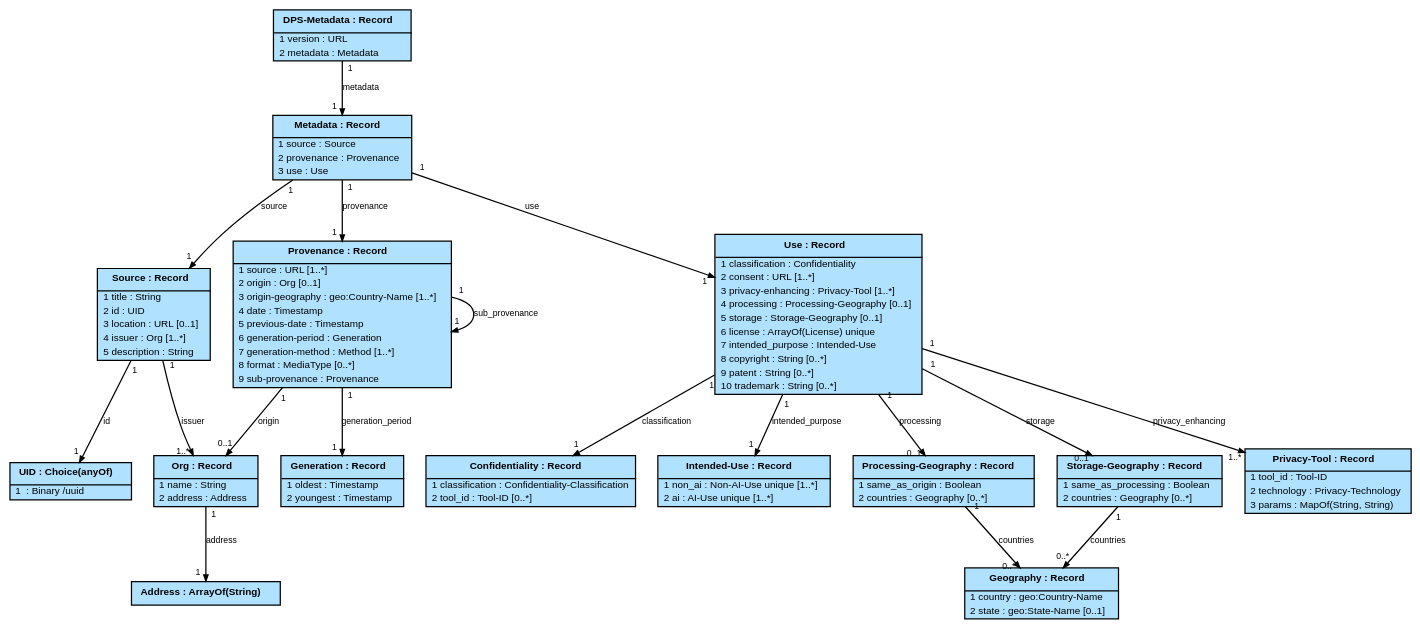
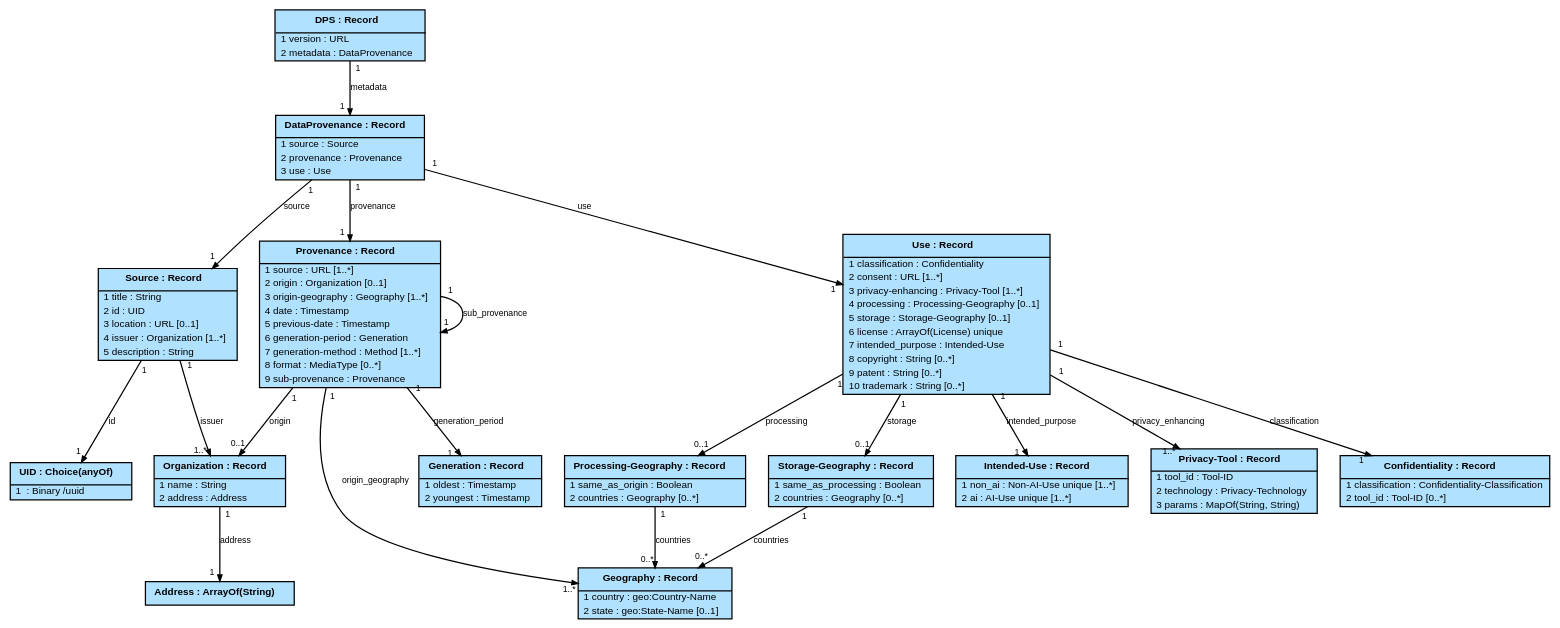
The diagram in contributions/openc2/im/schemas/DPS/dps-1.0.1.schema_i.dot (oasis-tcs/dps), drawn with Graphviz before and after one commit. The commit also changed 4 other files, not shown here.

```diff
--- a/contributions/openc2/im/schemas/DPS/dps-1.0.1.schema_i.dot
+++ b/contributions/openc2/im/schemas/DPS/dps-1.0.1.schema_i.dot
@@ -1,139 +1,140 @@
 # package: https://docs.oasis-open.org/dps/v1.0/schema/
 # version: csd01
+# description: Information Schema for Data Provenance Standard Metadata
+# namespaces: [['geo', 'https://iso3166/202403/']]
+# roots: ['DPS']
+# config: {'$FieldName': '^[$a-z][-_$A-Za-z0-9]{0,63}$'}
 # jadn_version: http://oasis-open.org/openc2/jadn/v2.0/schema/
-# namespaces: [['geo', 'https://iso3166/202403/']]
-# roots: ['DPS-Metadata']
-# description: Information Schema for Data Provenance Standard Metadata
-# config: {'$FieldName': '^[$a-z][-_$A-Za-z0-9]{0,63}$'}
 
 digraph G {
   graph [fontname=Arial, fontsize=12];
   node [fontname=Arial, fontsize=8, shape=plain, style=filled, fillcolor=lightskyblue1];
   edge [fontname=Arial, fontsize=7, arrowsize=0.5, labelangle=45.0, labeldistance=0.9];
   bgcolor="transparent";
 
 n0 [label=<<table cellborder="0" cellpadding="1" cellspacing="0">
-<tr><td cellpadding="4"><b>  DPS-Metadata : Record  </b></td></tr><hr/>
+<tr><td cellpadding="4"><b>  DPS : Record  </b></td></tr><hr/>
   <tr><td align="left">  1 version : URL  </td></tr>
-  <tr><td align="left">  2 metadata : Metadata  </td></tr>
+  <tr><td align="left">  2 metadata : DataProvenance  </td></tr>
 </table>>]
 
 n1 [label=<<table cellborder="0" cellpadding="1" cellspacing="0">
-<tr><td cellpadding="4"><b>  Metadata : Record  </b></td></tr><hr/>
+<tr><td cellpadding="4"><b>  DataProvenance : Record  </b></td></tr><hr/>
   <tr><td align="left">  1 source : Source  </td></tr>
   <tr><td align="left">  2 provenance : Provenance  </td></tr>
   <tr><td align="left">  3 use : Use  </td></tr>
 </table>>]
 
 n2 [label=<<table cellborder="0" cellpadding="1" cellspacing="0">
 <tr><td cellpadding="4"><b>  Source : Record  </b></td></tr><hr/>
   <tr><td align="left">  1 title : String  </td></tr>
   <tr><td align="left">  2 id : UID  </td></tr>
   <tr><td align="left">  3 location : URL [0..1]  </td></tr>
-  <tr><td align="left">  4 issuer : Org [1..*]  </td></tr>
+  <tr><td align="left">  4 issuer : Organization [1..*]  </td></tr>
   <tr><td align="left">  5 description : String  </td></tr>
 </table>>]
 
 n3 [label=<<table cellborder="0" cellpadding="1" cellspacing="0">
-<tr><td cellpadding="4"><b>  Org : Record  </b></td></tr><hr/>
+<tr><td cellpadding="4"><b>  Organization : Record  </b></td></tr><hr/>
   <tr><td align="left">  1 name : String  </td></tr>
   <tr><td align="left">  2 address : Address  </td></tr>
 </table>>]
 
 n4 [label=<<table cellborder="0" cellpadding="1" cellspacing="0">
 <tr><td cellpadding="4"><b>  Address : ArrayOf(String)  </b></td></tr>
 </table>>]
 
 n5 [label=<<table cellborder="0" cellpadding="1" cellspacing="0">
 <tr><td cellpadding="4"><b>  Provenance : Record  </b></td></tr><hr/>
   <tr><td align="left">  1 source : URL [1..*]  </td></tr>
-  <tr><td align="left">  2 origin : Org [0..1]  </td></tr>
-  <tr><td align="left">  3 origin-geography : geo:Country-Name [1..*]  </td></tr>
+  <tr><td align="left">  2 origin : Organization [0..1]  </td></tr>
+  <tr><td align="left">  3 origin-geography : Geography [1..*]  </td></tr>
   <tr><td align="left">  4 date : Timestamp  </td></tr>
   <tr><td align="left">  5 previous-date : Timestamp  </td></tr>
   <tr><td align="left">  6 generation-period : Generation  </td></tr>
   <tr><td align="left">  7 generation-method : Method [1..*]  </td></tr>
   <tr><td align="left">  8 format : MediaType [0..*]  </td></tr>
   <tr><td align="left">  9 sub-provenance : Provenance  </td></tr>
 </table>>]
 
 n6 [label=<<table cellborder="0" cellpadding="1" cellspacing="0">
 <tr><td cellpadding="4"><b>  Generation : Record  </b></td></tr><hr/>
   <tr><td align="left">  1 oldest : Timestamp  </td></tr>
   <tr><td align="left">  2 youngest : Timestamp  </td></tr>
 </table>>]
 
 n7 [label=<<table cellborder="0" cellpadding="1" cellspacing="0">
 <tr><td cellpadding="4"><b>  Use : Record  </b></td></tr><hr/>
   <tr><td align="left">  1 classification : Confidentiality  </td></tr>
   <tr><td align="left">  2 consent : URL [1..*]  </td></tr>
   <tr><td align="left">  3 privacy-enhancing : Privacy-Tool [1..*]  </td></tr>
   <tr><td align="left">  4 processing : Processing-Geography [0..1]  </td></tr>
   <tr><td align="left">  5 storage : Storage-Geography [0..1]  </td></tr>
   <tr><td align="left">  6 license : ArrayOf(License) unique  </td></tr>
   <tr><td align="left">  7 intended_purpose : Intended-Use  </td></tr>
   <tr><td align="left">  8 copyright : String [0..*]  </td></tr>
   <tr><td align="left">  9 patent : String [0..*]  </td></tr>
   <tr><td align="left">  10 trademark : String [0..*]  </td></tr>
 </table>>]
 
 n8 [label=<<table cellborder="0" cellpadding="1" cellspacing="0">
 <tr><td cellpadding="4"><b>  Intended-Use : Record  </b></td></tr><hr/>
   <tr><td align="left">  1 non_ai : Non-AI-Use unique [1..*]  </td></tr>
   <tr><td align="left">  2 ai : AI-Use unique [1..*]  </td></tr>
 </table>>]
 
 n9 [label=<<table cellborder="0" cellpadding="1" cellspacing="0">
 <tr><td cellpadding="4"><b>  Processing-Geography : Record  </b></td></tr><hr/>
   <tr><td align="left">  1 same_as_origin : Boolean  </td></tr>
   <tr><td align="left">  2 countries : Geography [0..*]  </td></tr>
 </table>>]
 
 n10 [label=<<table cellborder="0" cellpadding="1" cellspacing="0">
 <tr><td cellpadding="4"><b>  Storage-Geography : Record  </b></td></tr><hr/>
   <tr><td align="left">  1 same_as_processing : Boolean  </td></tr>
   <tr><td align="left">  2 countries : Geography [0..*]  </td></tr>
 </table>>]
 
 n11 [label=<<table cellborder="0" cellpadding="1" cellspacing="0">
 <tr><td cellpadding="4"><b>  Geography : Record  </b></td></tr><hr/>
   <tr><td align="left">  1 country : geo:Country-Name  </td></tr>
   <tr><td align="left">  2 state : geo:State-Name [0..1]  </td></tr>
 </table>>]
 
 n12 [label=<<table cellborder="0" cellpadding="1" cellspacing="0">
 <tr><td cellpadding="4"><b>  UID : Choice(anyOf)  </b></td></tr><hr/>
   <tr><td align="left">  1  : Binary /uuid  </td></tr>
 </table>>]
 
 n13 [label=<<table cellborder="0" cellpadding="1" cellspacing="0">
 <tr><td cellpadding="4"><b>  Privacy-Tool : Record  </b></td></tr><hr/>
   <tr><td align="left">  1 tool_id : Tool-ID  </td></tr>
   <tr><td align="left">  2 technology : Privacy-Technology  </td></tr>
   <tr><td align="left">  3 params : MapOf(String, String)  </td></tr>
 </table>>]
 
 n15 [label=<<table cellborder="0" cellpadding="1" cellspacing="0">
 <tr><td cellpadding="4"><b>  Confidentiality : Record  </b></td></tr><hr/>
   <tr><td align="left">  1 classification : Confidentiality-Classification  </td></tr>
   <tr><td align="left">  2 tool_id : Tool-ID [0..*]  </td></tr>
 </table>>]
 
   n0 -> n1 [label=metadata, headlabel="1", taillabel="1"]
   n1 -> n2 [label=source, headlabel="1", taillabel="1"]
   n1 -> n5 [label=provenance, headlabel="1", taillabel="1"]
   n1 -> n7 [label=use, headlabel="1", taillabel="1"]
   n2 -> n12 [label=id, headlabel="1", taillabel="1"]
   n2 -> n3 [label=issuer, headlabel="1..*", taillabel="1"]
   n3 -> n4 [label=address, headlabel="1", taillabel="1"]
   n5 -> n3 [label=origin, headlabel="0..1", taillabel="1"]
+  n5 -> n11 [label=origin_geography, headlabel="1..*", taillabel="1"]
   n5 -> n6 [label=generation_period, headlabel="1", taillabel="1"]
   n5 -> n5 [label=sub_provenance, headlabel="1", taillabel="1"]
   n7 -> n15 [label=classification, headlabel="1", taillabel="1"]
   n7 -> n13 [label=privacy_enhancing, headlabel="1..*", taillabel="1"]
   n7 -> n9 [label=processing, headlabel="0..1", taillabel="1"]
   n7 -> n10 [label=storage, headlabel="0..1", taillabel="1"]
   n7 -> n8 [label=intended_purpose, headlabel="1", taillabel="1"]
   n9 -> n11 [label=countries, headlabel="0..*", taillabel="1"]
   n10 -> n11 [label=countries, headlabel="0..*", taillabel="1"]
 }
```
